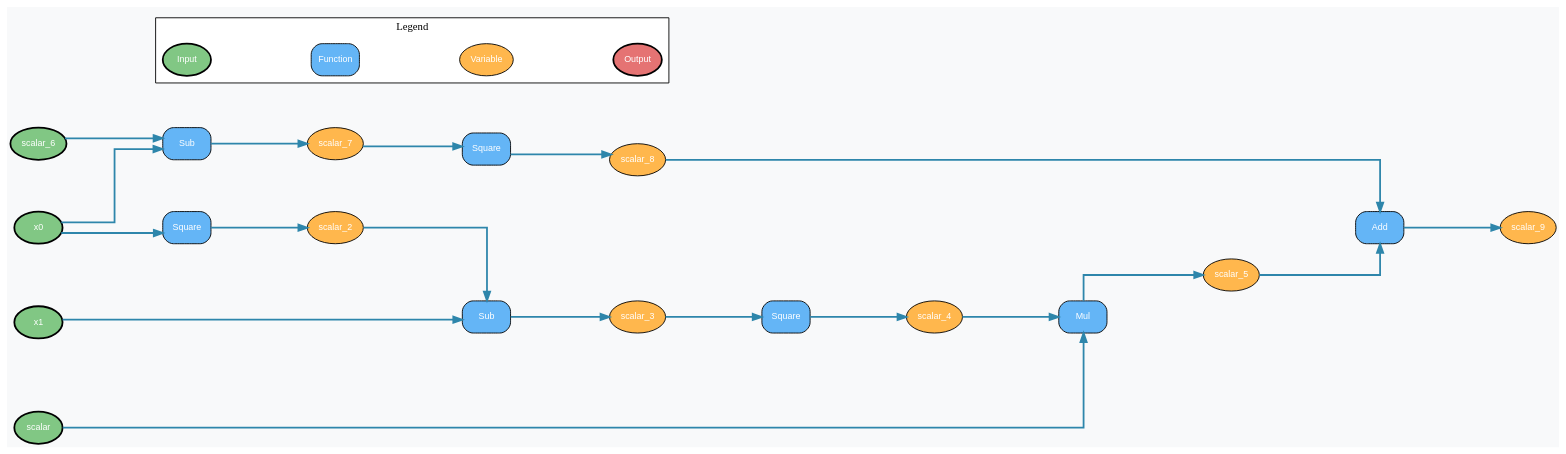
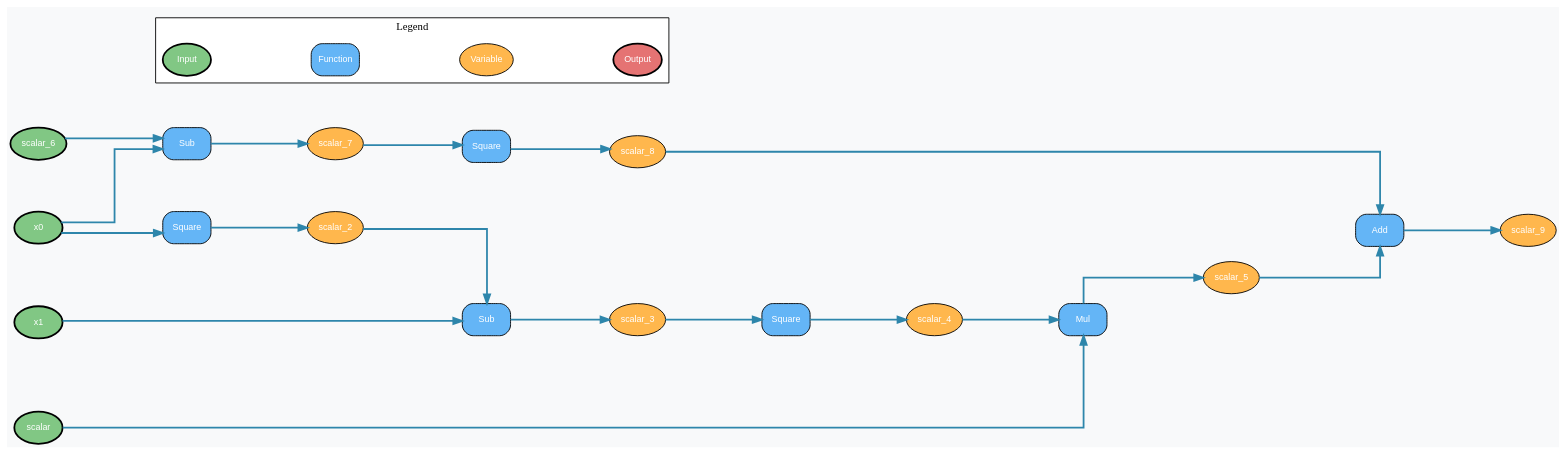
Before and after one commit to 3QNRpDwD/TrenchDeep: the diagram in graph/rosenbrock.dot, drawn with Graphviz. The commit also changed 12 other files, not shown here.

Commit message:
Computational Graph Optimization Successful

```diff
--- a/graph/rosenbrock.dot
+++ b/graph/rosenbrock.dot
@@ -1,64 +1,64 @@
 digraph ComputationGraph {
 bgcolor="#F8F9FA";
 rankdir=LR;  // 좌우 배치로 데이터 흐름을 더 직관적으로
 splines=ortho;
 nodesep=0.8;
 ranksep=1.5;
 node [fontname="Arial", fontsize=10];
 edge [fontname="Arial", fontsize=8];
 
-    "0x1e97ff27870" [label="scalar_3", shape=ellipse, style="filled", fillcolor="#FFB74D", fontcolor="white"];
-    "0x1e97ff1e160" [label="Add", shape=box, style="filled,rounded", fillcolor="#64B5F6", fontcolor="white"];
-    "0x1e97ff27c30" [label="scalar_7", shape=ellipse, style="filled", fillcolor="#FFB74D", fontcolor="white"];
-    "0x1e97ff1e280" [label="Sub", shape=box, style="filled,rounded", fillcolor="#64B5F6", fontcolor="white"];
-    "0x1e97ff1e100" [label="Sub", shape=box, style="filled,rounded", fillcolor="#64B5F6", fontcolor="white"];
-    "0x1e97ff279b0" [label="scalar_8", shape=ellipse, style="filled", fillcolor="#FFB74D", fontcolor="white"];
-    "0x1e97ff1e760" [label="Mul", shape=box, style="filled,rounded", fillcolor="#64B5F6", fontcolor="white"];
-    "0x1e97ff261f0" [label="x0", shape=ellipse, style="filled,bold", fillcolor="#81C784", fontcolor="white"];
-    "0x1e97ff26fb0" [label="scalar_9", shape=ellipse, style="filled", fillcolor="#FFB74D", fontcolor="white"];
-    "0x1e97ff1e7c0" [label="Square", shape=box, style="filled,rounded", fillcolor="#64B5F6", fontcolor="white"];
-    "0x1e97ff26d30" [label="scalar_2", shape=ellipse, style="filled", fillcolor="#FFB74D", fontcolor="white"];
-    "0x1e97ff27230" [label="scalar_5", shape=ellipse, style="filled", fillcolor="#FFB74D", fontcolor="white"];
-    "0x1e97ff277d0" [label="x1", shape=ellipse, style="filled,bold", fillcolor="#81C784", fontcolor="white"];
-    "0x1e97ff260b0" [label="scalar", shape=ellipse, style="filled,bold", fillcolor="#81C784", fontcolor="white"];
-    "0x1e97ff1e550" [label="Square", shape=box, style="filled,rounded", fillcolor="#64B5F6", fontcolor="white"];
-    "0x1e97ff26e70" [label="scalar_4", shape=ellipse, style="filled", fillcolor="#FFB74D", fontcolor="white"];
-    "0x1e97ff266f0" [label="scalar_6", shape=ellipse, style="filled,bold", fillcolor="#81C784", fontcolor="white"];
-    "0x1e97ff1e130" [label="Square", shape=box, style="filled,rounded", fillcolor="#64B5F6", fontcolor="white"];
-    { rank=source; "0x1e97ff261f0"; "0x1e97ff277d0"; "0x1e97ff260b0"; "0x1e97ff266f0"; }
+    "NodeId(13)" [label="scalar_8", shape=ellipse, style="filled", fillcolor="#FFB74D", fontcolor="white"];
+    "0x265653e5b00" [label="Sub", shape=box, style="filled,rounded", fillcolor="#64B5F6", fontcolor="white"];
+    "NodeId(0)" [label="x0", shape=ellipse, style="filled,bold", fillcolor="#81C784", fontcolor="white"];
+    "NodeId(7)" [label="scalar_2", shape=ellipse, style="filled", fillcolor="#FFB74D", fontcolor="white"];
+    "NodeId(11)" [label="scalar_6", shape=ellipse, style="filled,bold", fillcolor="#81C784", fontcolor="white"];
+    "NodeId(8)" [label="scalar_3", shape=ellipse, style="filled", fillcolor="#FFB74D", fontcolor="white"];
+    "NodeId(12)" [label="scalar_7", shape=ellipse, style="filled", fillcolor="#FFB74D", fontcolor="white"];
+    "0x265653e5ef0" [label="Add", shape=box, style="filled,rounded", fillcolor="#64B5F6", fontcolor="white"];
+    "NodeId(1)" [label="x1", shape=ellipse, style="filled,bold", fillcolor="#81C784", fontcolor="white"];
+    "0x265653e5a10" [label="Square", shape=box, style="filled,rounded", fillcolor="#64B5F6", fontcolor="white"];
+    "NodeId(6)" [label="scalar", shape=ellipse, style="filled,bold", fillcolor="#81C784", fontcolor="white"];
+    "0x265653e6070" [label="Square", shape=box, style="filled,rounded", fillcolor="#64B5F6", fontcolor="white"];
+    "0x265653e5cb0" [label="Mul", shape=box, style="filled,rounded", fillcolor="#64B5F6", fontcolor="white"];
+    "0x265653e5d70" [label="Sub", shape=box, style="filled,rounded", fillcolor="#64B5F6", fontcolor="white"];
+    "NodeId(10)" [label="scalar_5", shape=ellipse, style="filled", fillcolor="#FFB74D", fontcolor="white"];
+    "0x265653e5c20" [label="Square", shape=box, style="filled,rounded", fillcolor="#64B5F6", fontcolor="white"];
+    "NodeId(14)" [label="scalar_9", shape=ellipse, style="filled", fillcolor="#FFB74D", fontcolor="white"];
+    "NodeId(9)" [label="scalar_4", shape=ellipse, style="filled", fillcolor="#FFB74D", fontcolor="white"];
+    { rank=source; "NodeId(0)"; "NodeId(11)"; "NodeId(1)"; "NodeId(6)"; }
 
     // 범례
     subgraph cluster_legend {
         label="Legend";
         style=filled;
         fillcolor="#FFFFFF";
         fontsize=12;
         fontname="Arial Bold";
         
         legend_input [label="Input", shape=ellipse, style="filled,bold", fillcolor="#81C784", fontcolor="white"];
         legend_func [label="Function", shape=box, style="filled,rounded", fillcolor="#64B5F6", fontcolor="white"];
         legend_var [label="Variable", shape=ellipse, style="filled", fillcolor="#FFB74D", fontcolor="white"];
         legend_output [label="Output", shape=ellipse, style="filled,bold", fillcolor="#E57373", fontcolor="white"];
         
         legend_input -> legend_func -> legend_var -> legend_output [style=invis];
     }
 
-    "0x1e97ff261f0" -> "0x1e97ff1e7c0" [style=solid, color="#2E86AB", penwidth=2];
-    "0x1e97ff1e7c0" -> "0x1e97ff26d30" [style=solid, color="#2E86AB", penwidth=2];
-    "0x1e97ff277d0" -> "0x1e97ff1e280" [style=solid, color="#2E86AB", penwidth=2];
-    "0x1e97ff26d30" -> "0x1e97ff1e280" [style=solid, color="#2E86AB", penwidth=2];
-    "0x1e97ff1e280" -> "0x1e97ff27870" [style=solid, color="#2E86AB", penwidth=2];
-    "0x1e97ff27870" -> "0x1e97ff1e130" [style=solid, color="#2E86AB", penwidth=2];
-    "0x1e97ff1e130" -> "0x1e97ff26e70" [style=solid, color="#2E86AB", penwidth=2];
-    "0x1e97ff260b0" -> "0x1e97ff1e760" [style=solid, color="#2E86AB", penwidth=2];
-    "0x1e97ff26e70" -> "0x1e97ff1e760" [style=solid, color="#2E86AB", penwidth=2];
-    "0x1e97ff1e760" -> "0x1e97ff27230" [style=solid, color="#2E86AB", penwidth=2];
-    "0x1e97ff266f0" -> "0x1e97ff1e100" [style=solid, color="#2E86AB", penwidth=2];
-    "0x1e97ff261f0" -> "0x1e97ff1e100" [style=solid, color="#2E86AB", penwidth=2];
-    "0x1e97ff1e100" -> "0x1e97ff27c30" [style=solid, color="#2E86AB", penwidth=2];
-    "0x1e97ff27c30" -> "0x1e97ff1e550" [style=solid, color="#2E86AB", penwidth=2];
-    "0x1e97ff1e550" -> "0x1e97ff279b0" [style=solid, color="#2E86AB", penwidth=2];
-    "0x1e97ff27230" -> "0x1e97ff1e160" [style=solid, color="#2E86AB", penwidth=2];
-    "0x1e97ff279b0" -> "0x1e97ff1e160" [style=solid, color="#2E86AB", penwidth=2];
-    "0x1e97ff1e160" -> "0x1e97ff26fb0" [style=solid, color="#2E86AB", penwidth=2];
+    "NodeId(0)" -> "0x265653e5a10" [style=solid, color="#2E86AB", penwidth=2];
+    "0x265653e5a10" -> "NodeId(7)" [style=solid, color="#2E86AB", penwidth=2];
+    "NodeId(1)" -> "0x265653e5d70" [style=solid, color="#2E86AB", penwidth=2];
+    "NodeId(7)" -> "0x265653e5d70" [style=solid, color="#2E86AB", penwidth=2];
+    "0x265653e5d70" -> "NodeId(8)" [style=solid, color="#2E86AB", penwidth=2];
+    "NodeId(8)" -> "0x265653e6070" [style=solid, color="#2E86AB", penwidth=2];
+    "0x265653e6070" -> "NodeId(9)" [style=solid, color="#2E86AB", penwidth=2];
+    "NodeId(6)" -> "0x265653e5cb0" [style=solid, color="#2E86AB", penwidth=2];
+    "NodeId(9)" -> "0x265653e5cb0" [style=solid, color="#2E86AB", penwidth=2];
+    "0x265653e5cb0" -> "NodeId(10)" [style=solid, color="#2E86AB", penwidth=2];
+    "NodeId(11)" -> "0x265653e5b00" [style=solid, color="#2E86AB", penwidth=2];
+    "NodeId(0)" -> "0x265653e5b00" [style=solid, color="#2E86AB", penwidth=2];
+    "0x265653e5b00" -> "NodeId(12)" [style=solid, color="#2E86AB", penwidth=2];
+    "NodeId(12)" -> "0x265653e5c20" [style=solid, color="#2E86AB", penwidth=2];
+    "0x265653e5c20" -> "NodeId(13)" [style=solid, color="#2E86AB", penwidth=2];
+    "NodeId(10)" -> "0x265653e5ef0" [style=solid, color="#2E86AB", penwidth=2];
+    "NodeId(13)" -> "0x265653e5ef0" [style=solid, color="#2E86AB", penwidth=2];
+    "0x265653e5ef0" -> "NodeId(14)" [style=solid, color="#2E86AB", penwidth=2];
 }
```
